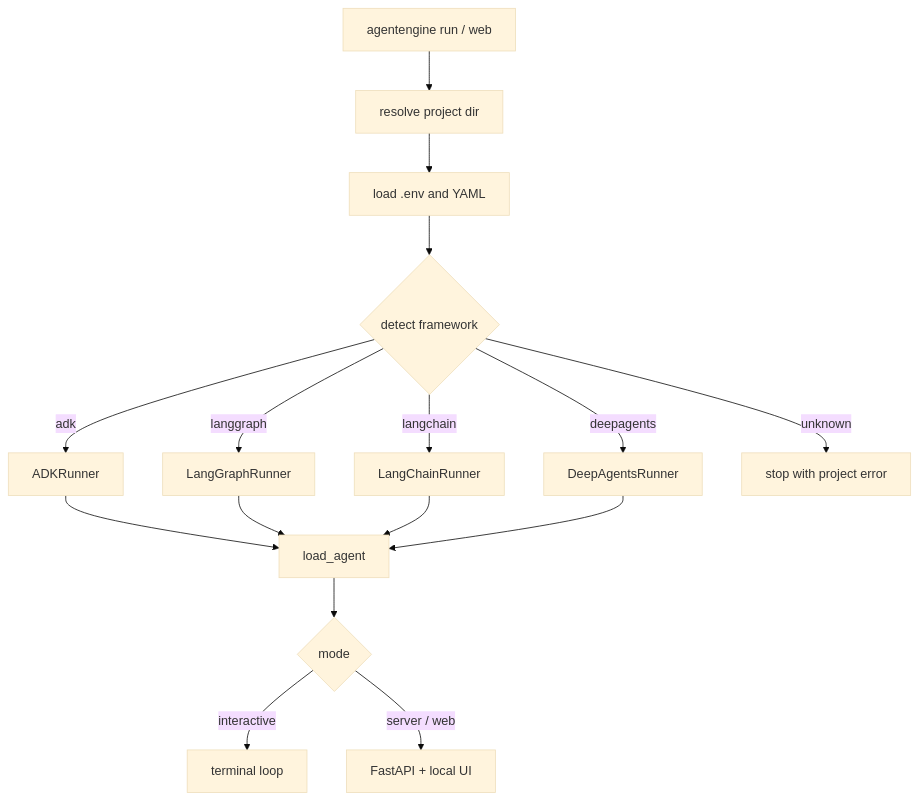
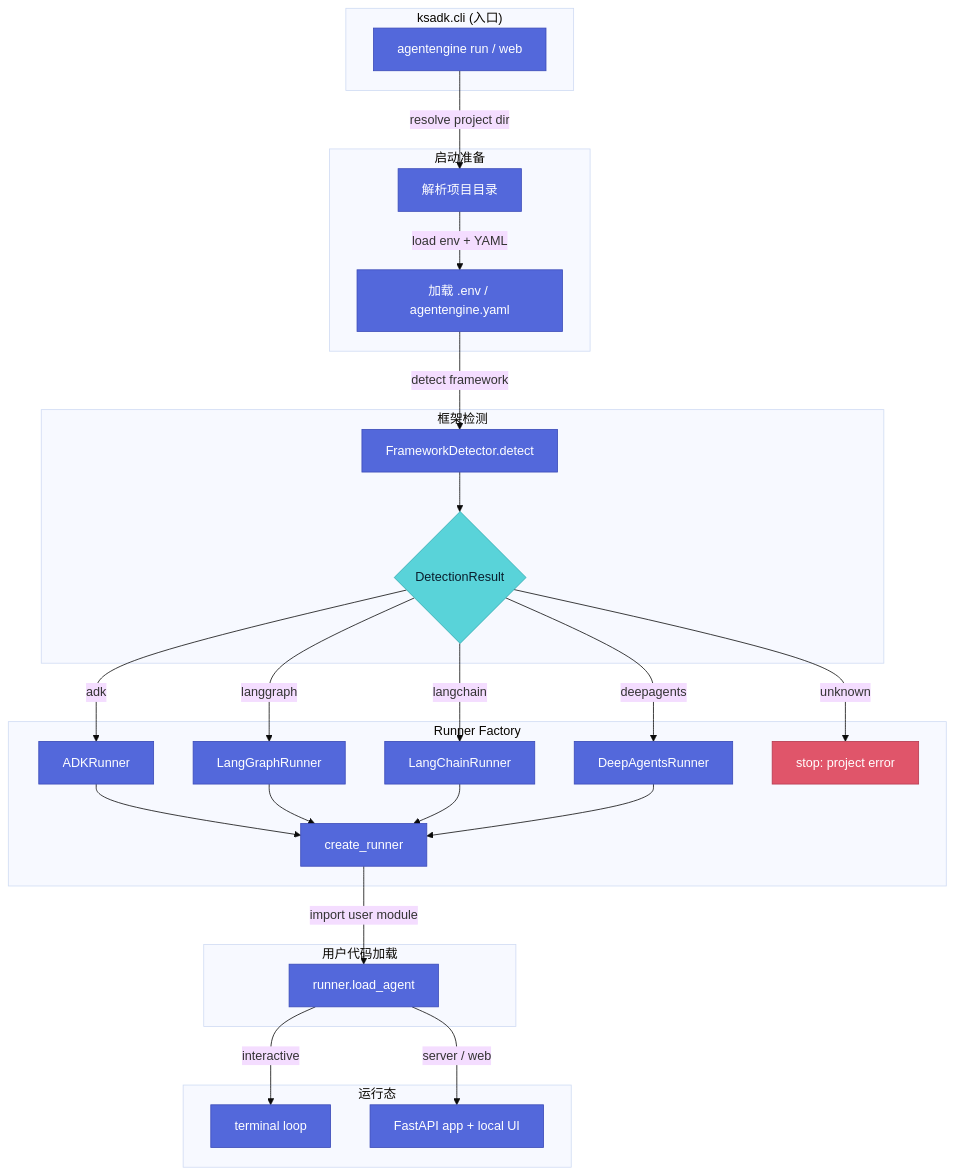
The second of 4 diagrams in docs-site/content/docs/framework/guides/runtime-architecture.mdx (kingsoftcloud/ksadk-python), drawn with Mermaid (base theme) before and after one commit. The commit also changed other lines of this file and 33 other files, not shown here.

````diff
--- a/docs-site/content/docs/framework/guides/runtime-architecture.mdx
+++ b/docs-site/content/docs/framework/guides/runtime-architecture.mdx
@@ -60,18 +107,53 @@
 ```mermaid
 flowchart TD
-  A["agentengine run / web"] --> B["resolve project dir"]
-  B --> C["load .env and YAML"]
-  C --> D{"detect framework"}
-  D -->|"adk"| E["ADKRunner"]
-  D -->|"langgraph"| F["LangGraphRunner"]
-  D -->|"langchain"| G["LangChainRunner"]
-  D -->|"deepagents"| H["DeepAgentsRunner"]
-  D -->|"unknown"| X["stop with project error"]
-  E --> I["load_agent"]
-  F --> I
-  G --> I
-  H --> I
-  I --> J{"mode"}
-  J -->|"interactive"| K["terminal loop"]
-  J -->|"server / web"| L["FastAPI + local UI"]
+  classDef brand fill:#5368db,stroke:#3a4ab8,color:#fff
+  classDef accent fill:#59d3d9,stroke:#2fa9af,color:#0a1f2e
+  classDef stop fill:#e0556a,stroke:#b53a4f,color:#fff
+
+  subgraph CLI["ksadk.cli (入口)"]
+    Entry["agentengine run / web"]
+  end
+  subgraph Boot["启动准备"]
+    Resolve["解析项目目录"]
+    EnvLoad["加载 .env / agentengine.yaml"]
+  end
+  subgraph Detect["框架检测"]
+    Detector["FrameworkDetector.detect"]
+    Result{"DetectionResult"}
+  end
+  subgraph Factory["Runner Factory"]
+    Create["create_runner"]
+    ADK["ADKRunner"]
+    LG["LangGraphRunner"]
+    LC["LangChainRunner"]
+    DA["DeepAgentsRunner"]
+    Unknown["stop: project error"]:::stop
+  end
+  subgraph Load["用户代码加载"]
+    LoadAgent["runner.load_agent"]
+  end
+  subgraph Serve["运行态"]
+    Terminal["terminal loop"]
+    Server["FastAPI app + local UI"]
+  end
+
+  Entry -->|"resolve project dir"| Resolve
+  Resolve -->|"load env + YAML"| EnvLoad
+  EnvLoad -->|"detect framework"| Detector
+  Detector --> Result
+  Result -->|"adk"| ADK
+  Result -->|"langgraph"| LG
+  Result -->|"langchain"| LC
+  Result -->|"deepagents"| DA
+  Result -->|"unknown"| Unknown
+  ADK --> Create
+  LG --> Create
+  LC --> Create
+  DA --> Create
+  Create -->|"import user module"| LoadAgent
+  LoadAgent -->|"interactive"| Terminal
+  LoadAgent -->|"server / web"| Server
+
+  class Entry,Resolve,EnvLoad,Detector,Create,ADK,LG,LC,DA,LoadAgent,Terminal,Server brand
+  class Result accent
 ```
````
